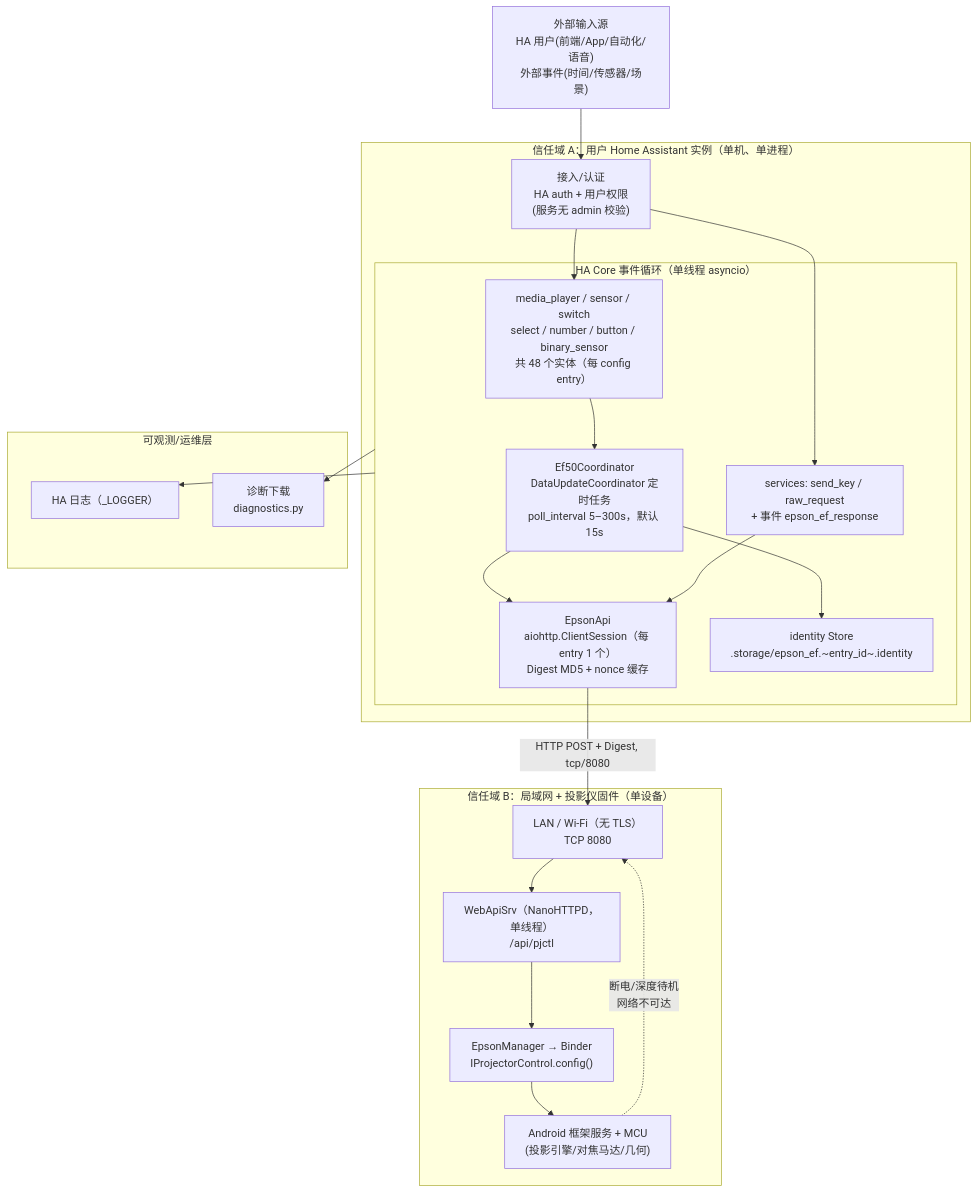
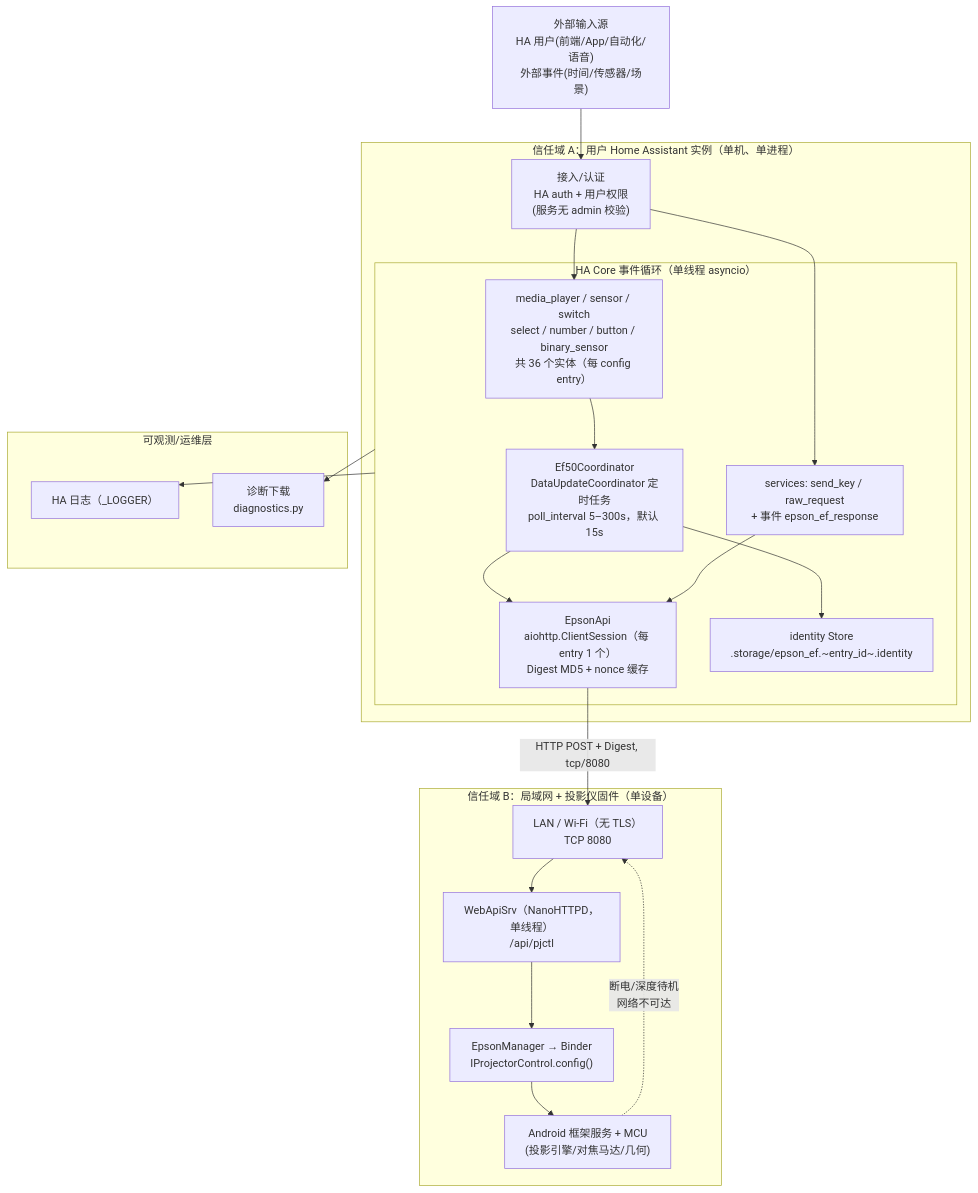
The first of 2 diagrams in docs/architecture/architecture_views/deployment_view.md (aixmoyu/ha-epson-ef-projector), drawn with Mermaid before and after one commit. The commit also changed other lines of this file and 78 other files, not shown here.

````diff
--- a/docs/architecture/architecture_views/deployment_view.md
+++ b/docs/architecture/architecture_views/deployment_view.md
@@ -14,38 +14,38 @@
 ```mermaid
 graph TD
     SRC["外部输入源<br/>HA 用户(前端/App/自动化/语音)<br/>外部事件(时间/传感器/场景)"]
 
     subgraph HA["信任域 A：用户 Home Assistant 实例（单机、单进程）"]
         EDGE["接入/认证<br/>HA auth + 用户权限<br/>(服务无 admin 校验)"]
         subgraph CORE["HA Core 事件循环（单线程 asyncio）"]
-            UNIT_MP["media_player / sensor / switch<br/>select / number / button / binary_sensor<br/>共 48 个实体（每 config entry）"]
+            UNIT_MP["media_player / sensor / switch<br/>select / number / button / binary_sensor<br/>共 36 个实体（每 config entry）"]
             UNIT_CO["Ef50Coordinator<br/>DataUpdateCoordinator 定时任务<br/>poll_interval 5–300s，默认 15s"]
             UNIT_API["EpsonApi<br/>aiohttp.ClientSession（每 entry 1 个）<br/>Digest MD5 + nonce 缓存"]
             UNIT_SVC["services: send_key / raw_request<br/>+ 事件 epson_ef_response"]
             UNIT_STORE["identity Store<br/>.storage/epson_ef.~entry_id~.identity"]
         end
         EDGE --> UNIT_MP & UNIT_SVC
         UNIT_MP --> UNIT_CO --> UNIT_API
         UNIT_SVC --> UNIT_API
         UNIT_CO --> UNIT_STORE
     end
 
     subgraph DEV["信任域 B：局域网 + 投影仪固件（单设备）"]
         NET["LAN / Wi-Fi（无 TLS）<br/>TCP 8080"]
         FW["WebApiSrv（NanoHTTPD，单线程）<br/>/api/pjctl"]
         HAL["EpsonManager → Binder<br/>IProjectorControl.config()"]
         MCU["Android 框架服务 + MCU<br/>(投影引擎/对焦马达/几何)"]
         NET --> FW --> HAL --> MCU
     end
 
     subgraph OBS["可观测/运维层"]
         LOG["HA 日志（_LOGGER）"]
         DIAG["诊断下载<br/>diagnostics.py"]
     end
 
     SRC --> EDGE
     UNIT_API -->|"HTTP POST + Digest, tcp/8080"| NET
     CORE --> LOG
     CORE --> DIAG
     MCU -.->|"断电/深度待机<br/>网络不可达"| NET
 ```
````
